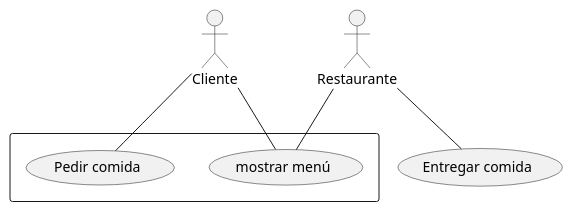
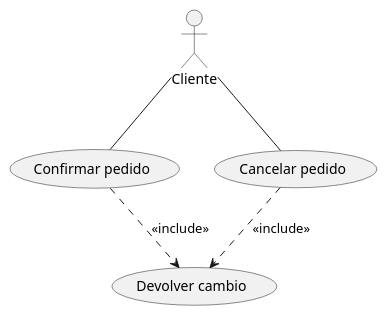
Before and after one commit to valencodes/UD12_usoUML_DVGC: the diagram in src/casos_de_uso.puml, drawn with PlantUML.

Commit message:
Inclusion

```diff
--- a/src/casos_de_uso.puml
+++ b/src/casos_de_uso.puml
@@ -1,12 +1,9 @@
 @startuml
 
-rectangle  {
-(mostrar menú) as CU1
-(Pedir comida) as CU2
-}
-:Cliente:--CU1
-:Cliente:--CU2
-:Restaurante:--CU1
-:Restaurante:--(Entregar comida)
+
+:Cliente:--(Confirmar pedido)
+:Cliente:--(Cancelar pedido)
+(Confirmar pedido)-.>(Devolver cambio):<<include>>
+(Cancelar pedido)-.>(Devolver cambio):<<include>>
 
 @enduml
```
